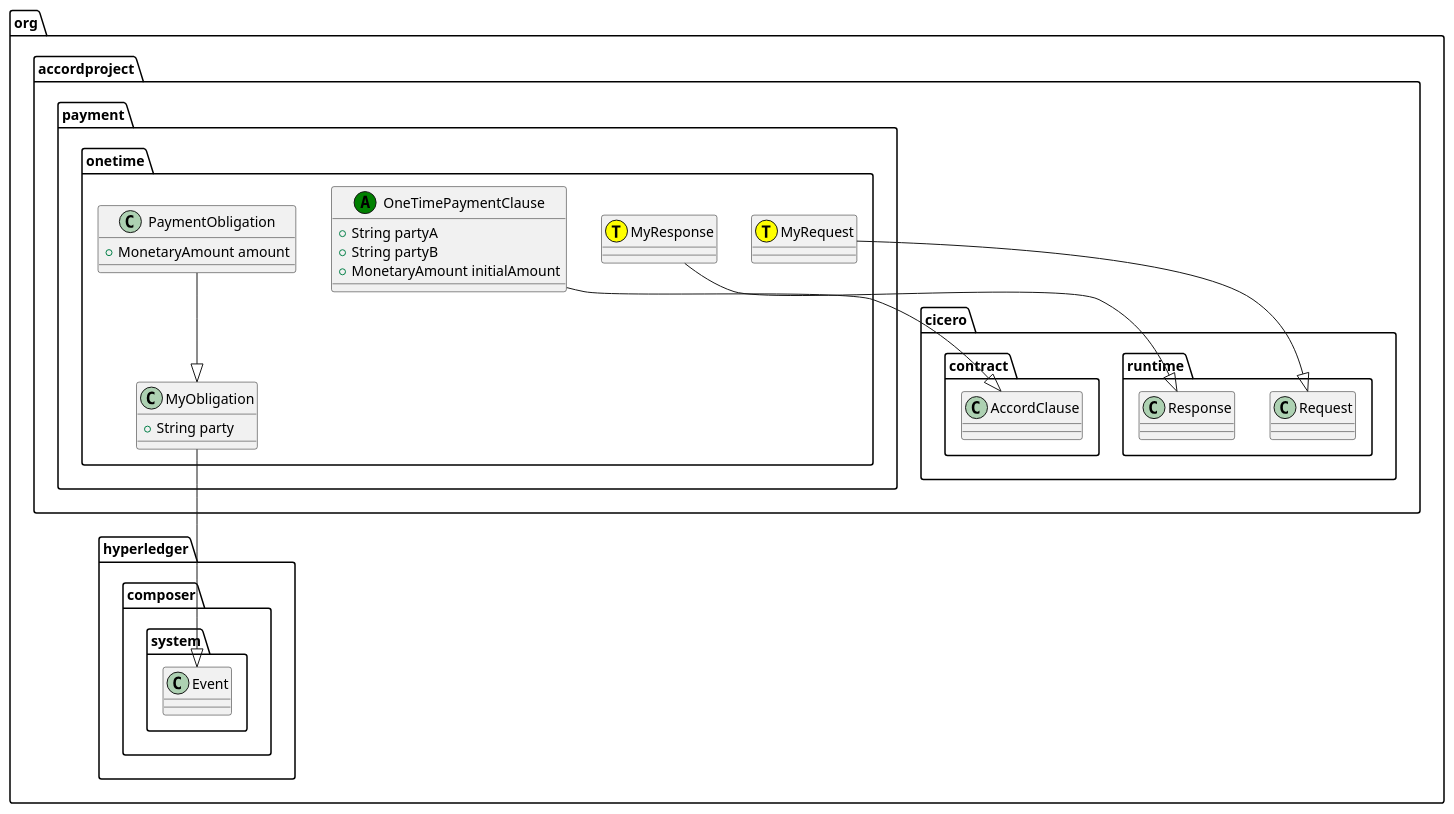
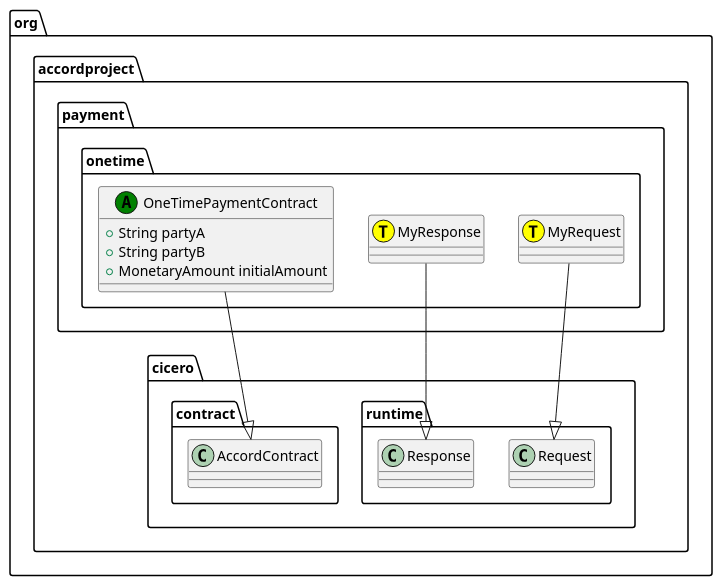
One commit to accordproject/cicero-template-library changed the diagram in build/one-time-payment@0.1.0.puml. Above: the diagram before and after it, drawn with PlantUML. The commit also changed 61 other files, not shown here.

Commit message:
(fix) Use init for one-time-payment ; Upgrade Cicero 0.4.4

```diff
--- a/build/one-time-payment@0.1.0.puml
+++ b/build/one-time-payment@0.1.0.puml
@@ -1,22 +1,14 @@
 @startuml
 class org.accordproject.payment.onetime.MyRequest << (T,yellow) >> {
 }
 org.accordproject.payment.onetime.MyRequest --|> org.accordproject.cicero.runtime.Request
 class org.accordproject.payment.onetime.MyResponse << (T,yellow) >> {
 }
 org.accordproject.payment.onetime.MyResponse --|> org.accordproject.cicero.runtime.Response
-class org.accordproject.payment.onetime.MyObligation {
-   + String party
-}
-org.accordproject.payment.onetime.MyObligation --|> org.hyperledger.composer.system.Event
-class org.accordproject.payment.onetime.PaymentObligation {
-   + MonetaryAmount amount
-}
-org.accordproject.payment.onetime.PaymentObligation --|> org.accordproject.payment.onetime.MyObligation
-class org.accordproject.payment.onetime.OneTimePaymentClause << (A,green) >> {
+class org.accordproject.payment.onetime.OneTimePaymentContract << (A,green) >> {
    + String partyA
    + String partyB
    + MonetaryAmount initialAmount
 }
-org.accordproject.payment.onetime.OneTimePaymentClause --|> org.accordproject.cicero.contract.AccordClause
+org.accordproject.payment.onetime.OneTimePaymentContract --|> org.accordproject.cicero.contract.AccordContract
 @enduml
```
